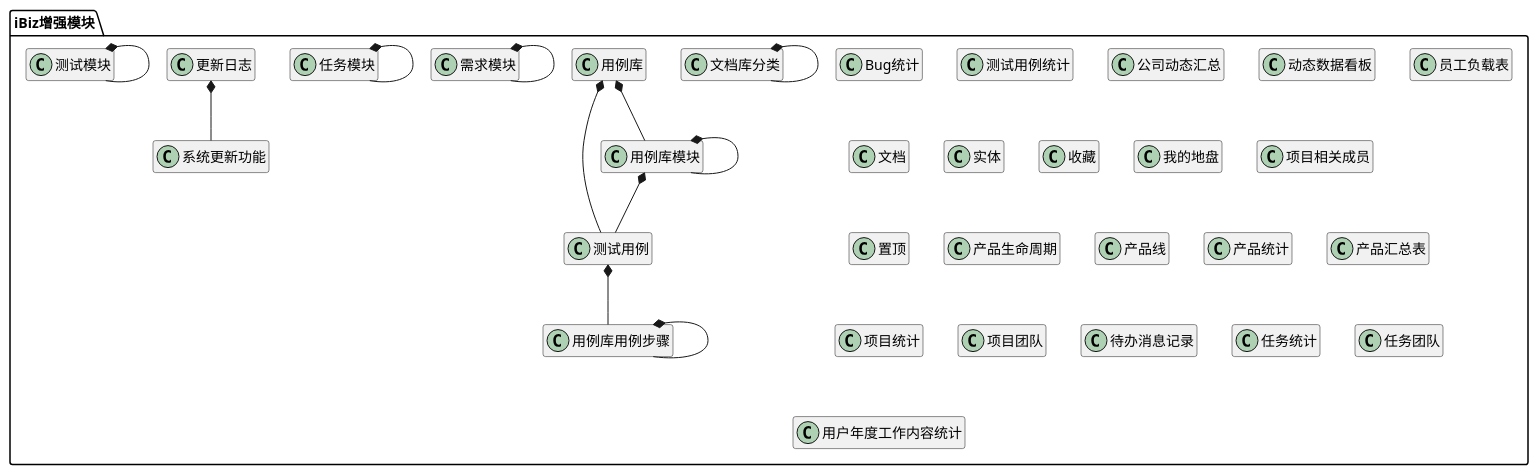
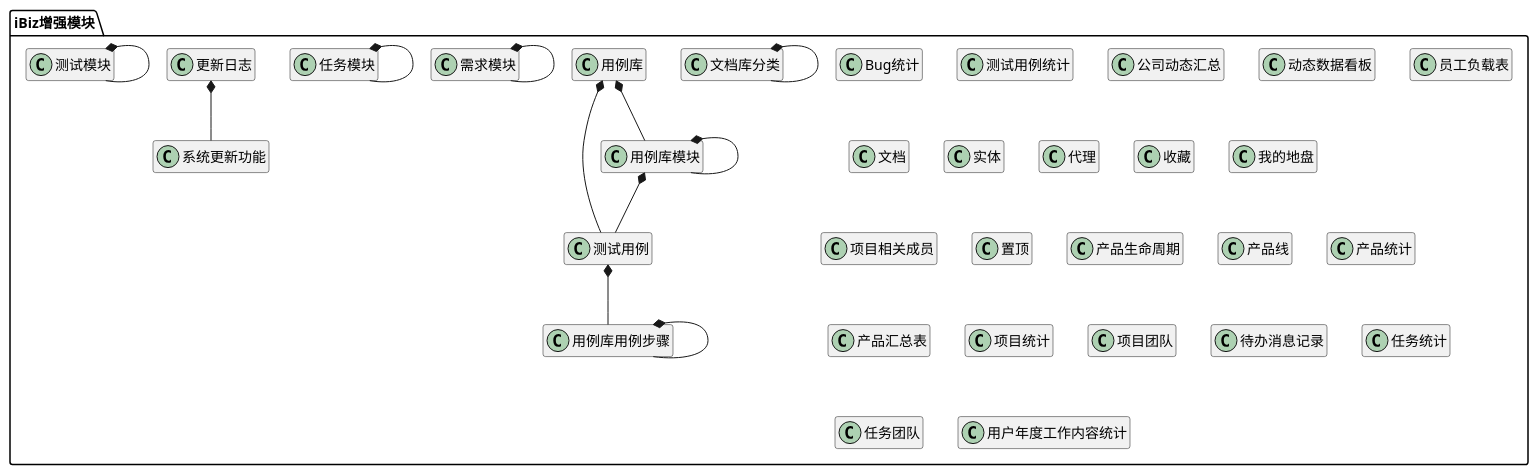
Before and after one commit to zj335841911/nt_chandao: the diagram in ibizpms-docs/src/main/doc/v1/module/ibiz.md, drawn with PlantUML. The commit also changed other lines of this file and 46 other files, not shown here.

```diff
--- a/ibizpms-docs/src/main/doc/v1/module/ibiz.md
+++ b/ibizpms-docs/src/main/doc/v1/module/ibiz.md
@@ -29,6 +29,9 @@
 }
 
 class 实体 {
+}
+
+class 代理 {
 }
 
 class 测试用例 {
```
